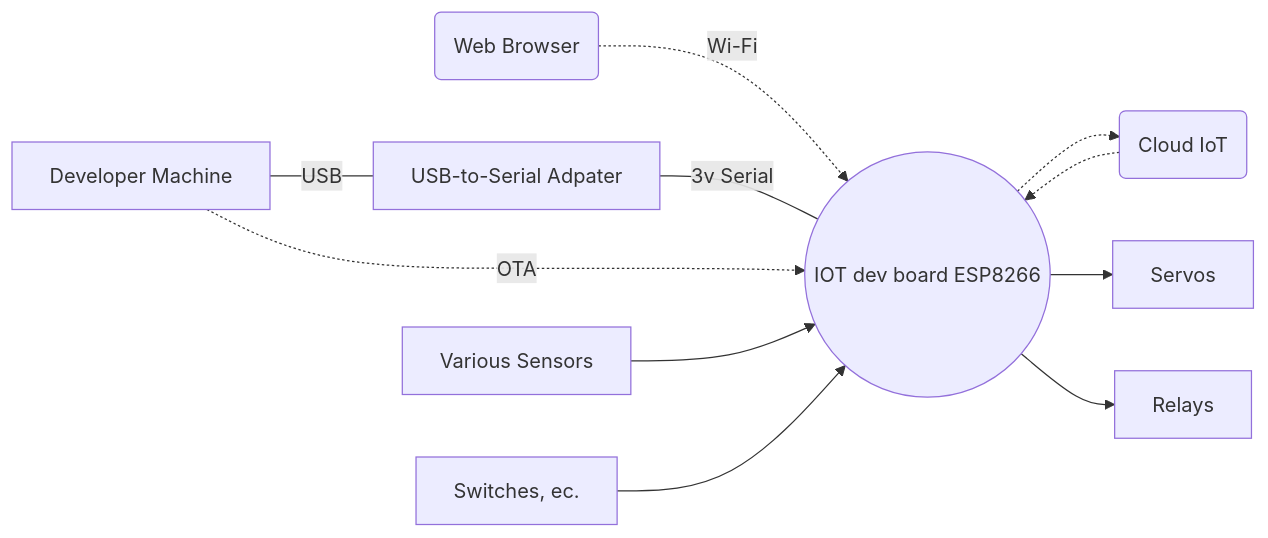
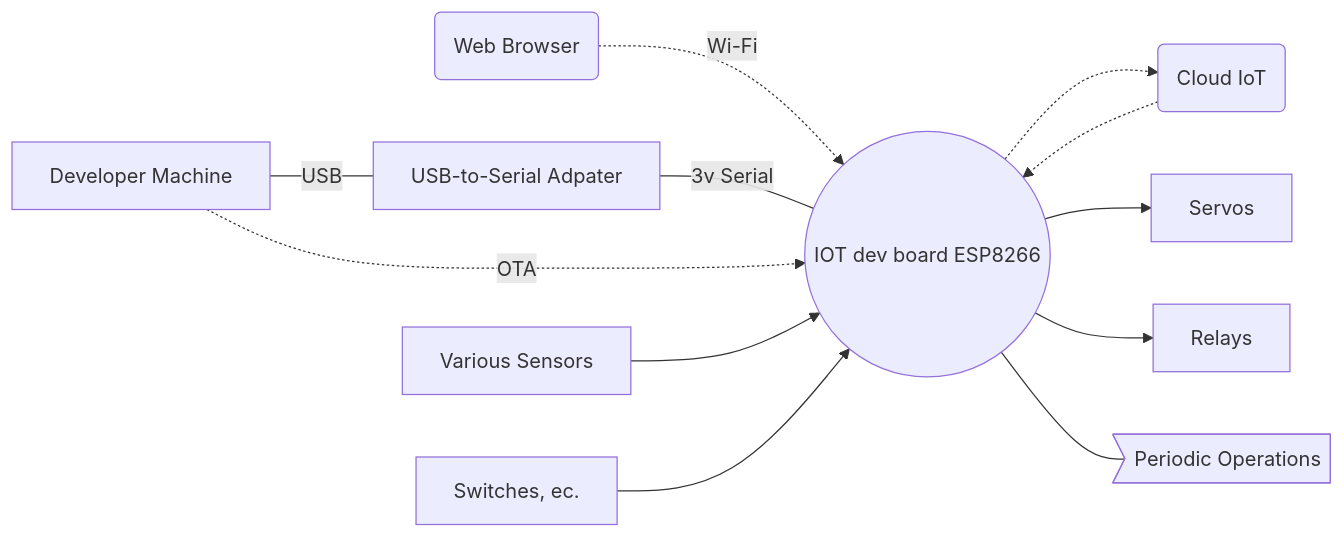
The first of 5 diagrams in README.md (freemansoft/ESP8266-MicroPython), drawn with Mermaid before and after one commit. The commit also changed other lines of this file and 6 other files, not shown here.

````diff
--- a/README.md
+++ b/README.md
@@ -3,23 +3,25 @@
 ```mermaid
 graph LR;
     DevMachine[Developer Machine]
     Browser(Web Browser)
     SerialAdapter[USB-to-Serial Adpater]
     Sensors[Various Sensors]
     Buttons[Switches, ec.]
     Relays
     Servos
     ESP8266((IOT dev board ESP8266))
     Cloud(Cloud IoT)
+    Periodic>Periodic Operations]
 
     Browser -.-> |Wi-Fi|ESP8266
     DevMachine --- |USB| SerialAdapter
     SerialAdapter --- |3v Serial|ESP8266
     DevMachine -.-> |OTA|ESP8266
     Sensors --> ESP8266
     Buttons --> ESP8266
     Cloud -.-> ESP8266
     ESP8266 -.-> Cloud
     ESP8266 --> Servos
     ESP8266 --> Relays
+    ESP8266 --- Periodic
 ```
````
